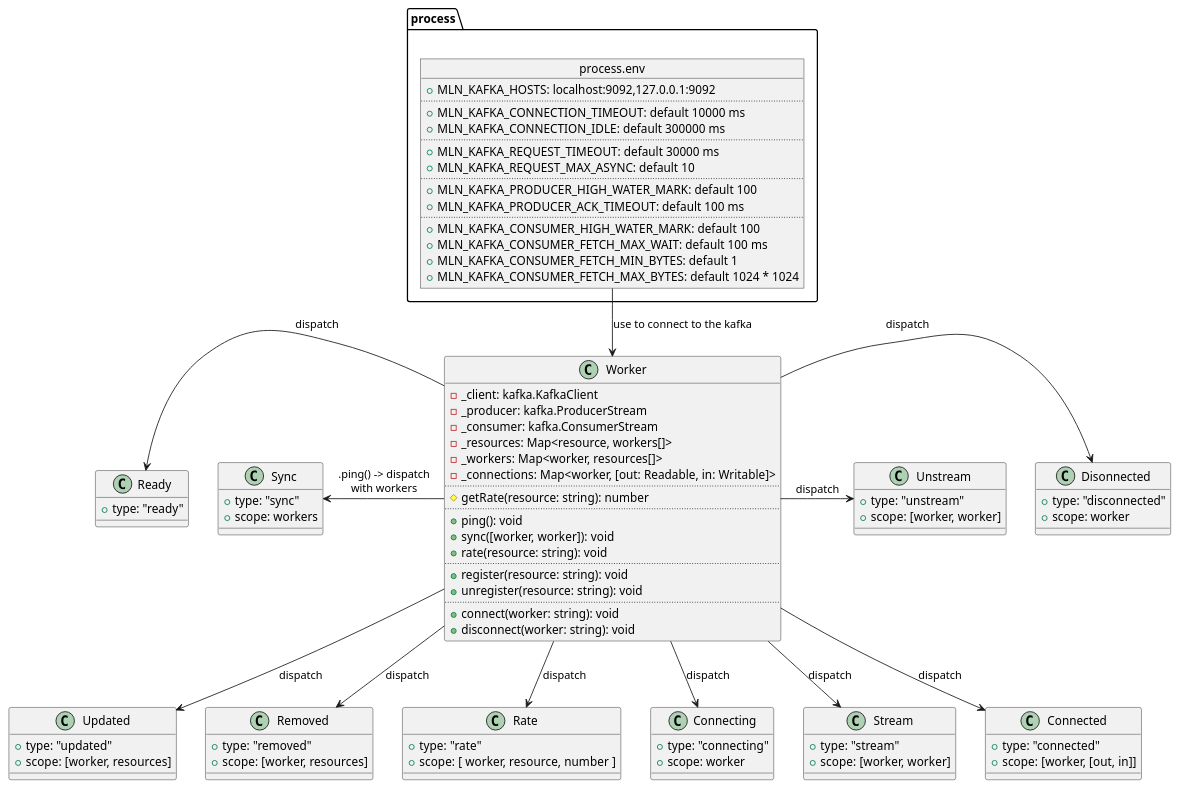
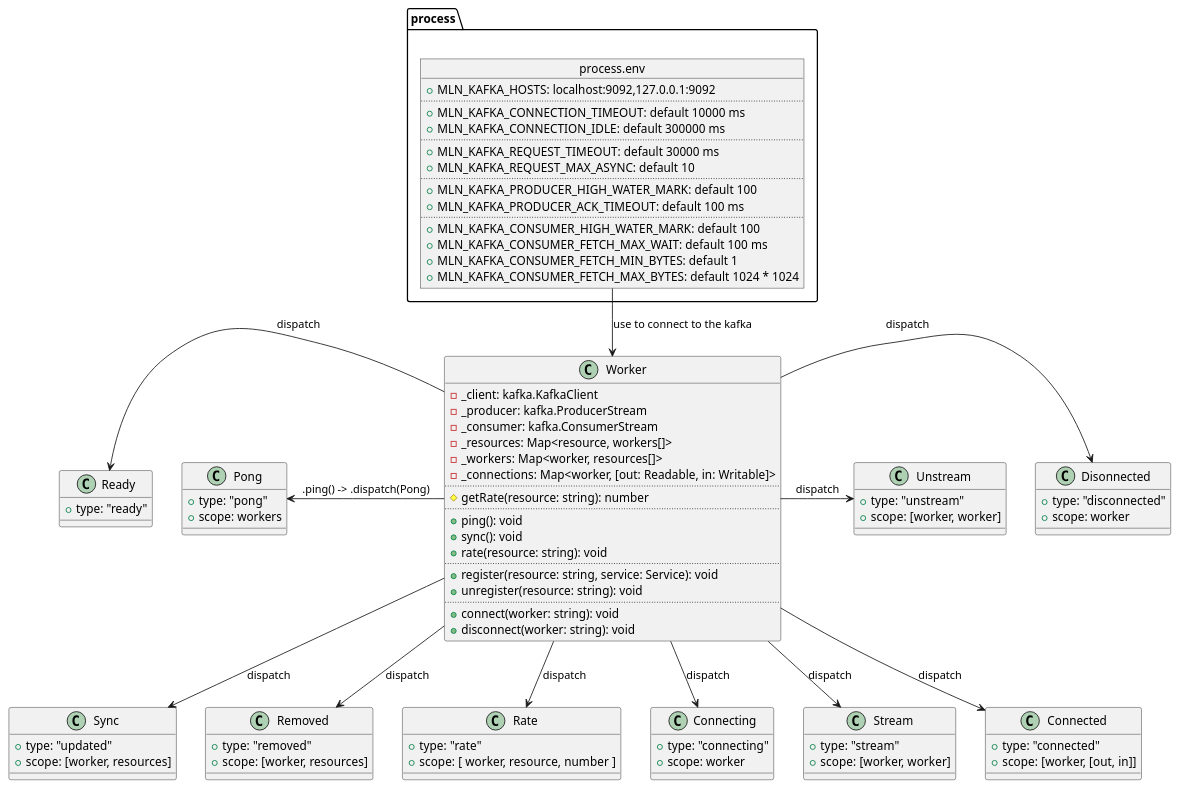
Before and after one commit to imazzine/mln: the seventh of 7 diagrams in uml/puml/mln.io.puml, drawn with PlantUML. The commit also changed 12 other files, not shown here.

```diff
--- a/uml/puml/mln.io.puml
+++ b/uml/puml/mln.io.puml
@@ -423,102 +423,102 @@
 @startuml Worker
 
   object process.env {
     +MLN_KAFKA_HOSTS: localhost:9092,127.0.0.1:9092
     ....
     +MLN_KAFKA_CONNECTION_TIMEOUT: default 10000 ms
     +MLN_KAFKA_CONNECTION_IDLE: default 300000 ms
     ....
     +MLN_KAFKA_REQUEST_TIMEOUT: default 30000 ms
     +MLN_KAFKA_REQUEST_MAX_ASYNC: default 10
     ....
     +MLN_KAFKA_PRODUCER_HIGH_WATER_MARK: default 100
     +MLN_KAFKA_PRODUCER_ACK_TIMEOUT: default 100 ms
     ....
     +MLN_KAFKA_CONSUMER_HIGH_WATER_MARK: default 100
     +MLN_KAFKA_CONSUMER_FETCH_MAX_WAIT: default 100 ms
     +MLN_KAFKA_CONSUMER_FETCH_MIN_BYTES: default 1
     +MLN_KAFKA_CONSUMER_FETCH_MAX_BYTES: default 1024 * 1024
   }
 
   class Worker {
     -_client: kafka.KafkaClient
     -_producer: kafka.ProducerStream
     -_consumer: kafka.ConsumerStream
     -_resources: Map<resource, workers[]>
     -_workers: Map<worker, resources[]>
     -_connections: Map<worker, [out: Readable, in: Writable]>
     ....
     #getRate(resource: string): number
     ....
     +ping(): void
-    +sync([worker, worker]): void
+    +sync(): void
     +rate(resource: string): void
     ....
-    +register(resource: string): void
+    +register(resource: string, service: Service): void
     +unregister(resource: string): void
     ....
     +connect(worker: string): void
     +disconnect(worker: string): void
   }
   process.env --> Worker: use to connect to the kafka
 
   class Ready {
     +type: "ready"
   }
   Ready <- Worker: dispatch
 
-  class Sync {
-    +type: "sync"
+  class Pong {
+    +type: "pong"
     +scope: workers
   }
-  Sync <- Worker: .ping() -> dispatch\nwith workers
+  Pong <- Worker: .ping() -> .dispatch(Pong)
 
-  class Updated {
+  class Sync {
     +type: "updated"
     +scope: [worker, resources]
   }
-  Worker --> Updated: dispatch
+  Worker --> Sync: dispatch
 
   class Removed {
     +type: "removed"
     +scope: [worker, resources]
   }
   Worker --> Removed: dispatch
 
   class Rate {
     +type: "rate"
     +scope: [ worker, resource, number ]
   }
   Worker --> Rate: dispatch
 
   class Connecting {
     +type: "connecting"
     +scope: worker
   }
   Worker --> Connecting: dispatch
 
   class Stream {
     +type: "stream"
     +scope: [worker, worker]
   }
   Worker --> Stream: dispatch
 
   class Connected {
     +type: "connected"
     +scope: [worker, [out, in]]
   }
   Worker --> Connected: dispatch
 
   class Disonnected {
     +type: "disconnected"
     +scope: worker
   }
   Worker -> Disonnected: dispatch
 
   class Unstream {
     +type: "unstream"
     +scope: [worker, worker]
   }
   Worker -> Unstream: dispatch
 
 @enduml
```
